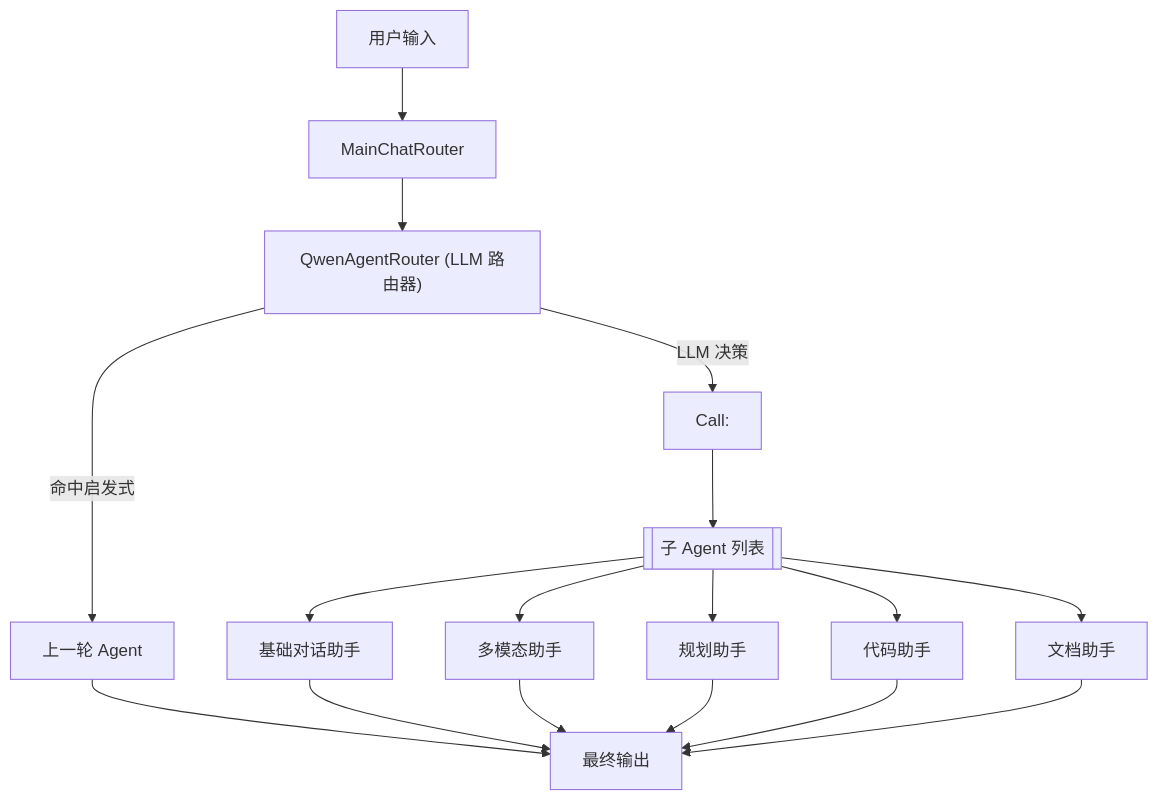
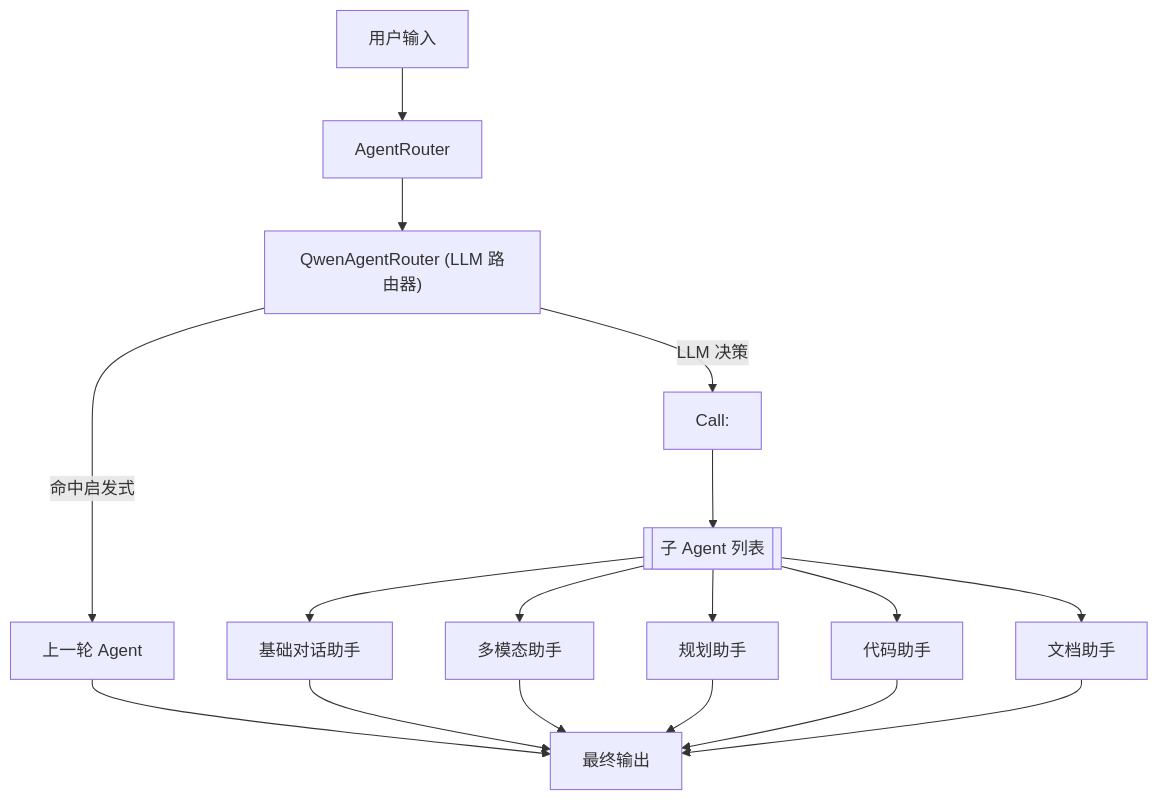
Before and after one commit to YueYongDev/Alfred: the first of 13 diagrams in docs/multi-agent-routing.md, drawn with Mermaid. The commit also changed other lines of this file and 15 other files, not shown here.

````diff
--- a/docs/multi-agent-routing.md
+++ b/docs/multi-agent-routing.md
@@ -14,23 +14,23 @@
 ```mermaid
 flowchart TD
-    User["用户输入"] --> MainRouter["MainChatRouter"]
+    User["用户输入"] --> MainRouter["AgentRouter"]
     MainRouter --> QwenAgentRouter["QwenAgentRouter (LLM 路由器)"]
 
     QwenAgentRouter -->|命中启发式| PrevAgent["上一轮 Agent"]
     QwenAgentRouter -->|LLM 决策| RouteLLM["Call: <AgentName>"]
 
     RouteLLM --> AgentPool[["子 Agent 列表"]]
 
     AgentPool --> Basic["基础对话助手"]
     AgentPool --> Multi["多模态助手"]
     AgentPool --> Plan["规划助手"]
     AgentPool --> Code["代码助手"]
     AgentPool --> Docs["文档助手"]
 
     PrevAgent --> Output
     Basic --> Output["最终输出"]
     Multi --> Output
     Plan --> Output
     Code --> Output
     Docs --> Output
 ```
````
